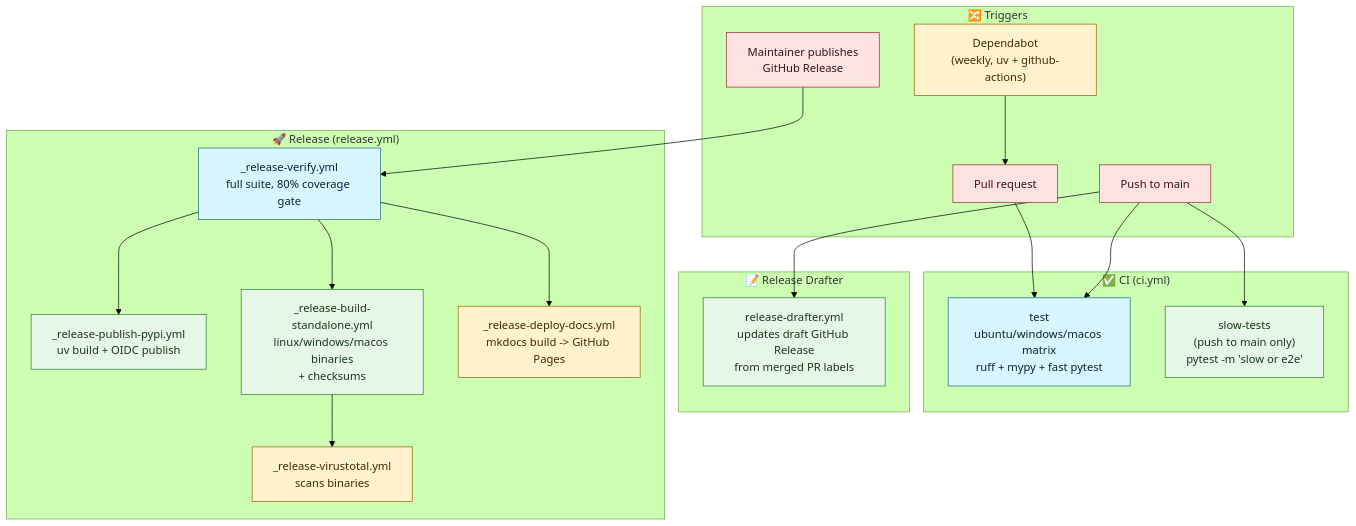
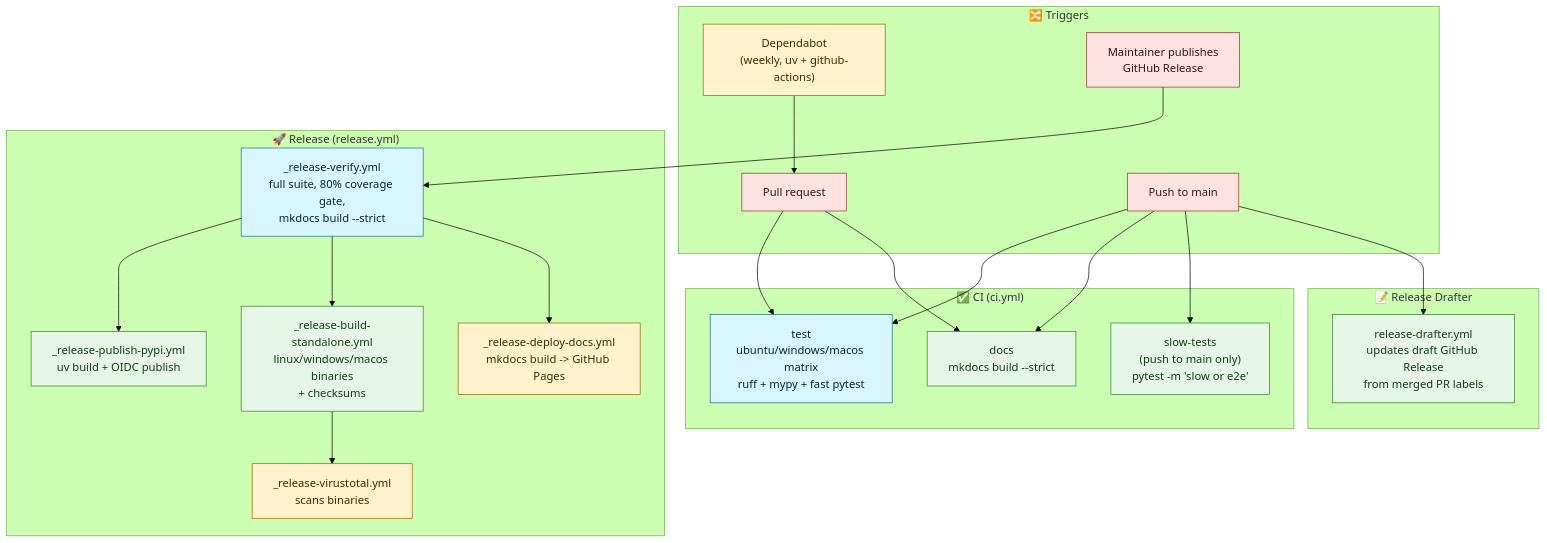
Before and after one commit to kirkpatrickprice/PIIDigger: the diagram in docs/architecture/ci-cd/pipeline.md, drawn with Mermaid (forest theme). The commit also changed other lines of this file and 17 other files, not shown here.

````diff
--- a/docs/architecture/ci-cd/pipeline.md
+++ b/docs/architecture/ci-cd/pipeline.md
@@ -53,44 +53,47 @@
 ```mermaid
 flowchart TB
     subgraph triggers_group["🔀 Triggers"]
         PR["Pull request"]:::cli
         PUSH["Push to main"]:::cli
         DEPENDABOT["Dependabot\n(weekly, uv + github-actions)"]:::integration
         PUBLISH["Maintainer publishes\nGitHub Release"]:::cli
     end
 
     subgraph ci_group["✅ CI (ci.yml)"]
         TEST["test\nubuntu/windows/macos matrix\nruff + mypy + fast pytest"]:::coreService
         SLOW["slow-tests\n(push to main only)\npytest -m 'slow or e2e'"]:::component
+        DOCSCHECK["docs\nmkdocs build --strict"]:::component
     end
 
     subgraph drafter_group["📝 Release Drafter"]
         DRAFT["release-drafter.yml\nupdates draft GitHub Release\nfrom merged PR labels"]:::component
     end
 
     subgraph release_group["🚀 Release (release.yml)"]
-        VERIFY["_release-verify.yml\nfull suite, 80% coverage gate"]:::coreService
+        VERIFY["_release-verify.yml\nfull suite, 80% coverage gate,\nmkdocs build --strict"]:::coreService
         PYPI["_release-publish-pypi.yml\nuv build + OIDC publish"]:::component
         BUILD["_release-build-standalone.yml\nlinux/windows/macos binaries\n+ checksums"]:::component
         VT["_release-virustotal.yml\nscans binaries"]:::integration
         DOCS["_release-deploy-docs.yml\nmkdocs build -> GitHub Pages"]:::integration
     end
 
     PR --> TEST
+    PR --> DOCSCHECK
     PUSH --> TEST
+    PUSH --> DOCSCHECK
     PUSH --> SLOW
     PUSH --> DRAFT
     DEPENDABOT --> PR
     PUBLISH --> VERIFY
     VERIFY --> PYPI
     VERIFY --> BUILD
     VERIFY --> DOCS
     BUILD --> VT
 
     classDef coreService fill:#d9f5ff,stroke:#176b87,stroke-width:1px,color:#062635
     classDef protocol fill:#f0e6ff,stroke:#5b3a9e,stroke-width:1px,color:#24143f
     classDef component fill:#e7f7e7,stroke:#2f7d32,stroke-width:1px,color:#163917
     classDef integration fill:#fff2cc,stroke:#946200,stroke-width:1px,color:#3d2b00
     classDef cli fill:#ffe3e3,stroke:#9b2c2c,stroke-width:1px,color:#3b1212
     classDef group fill:#f8f9fa,stroke:#adb5bd,stroke-width:1px,color:#1f2328
 ```
````
